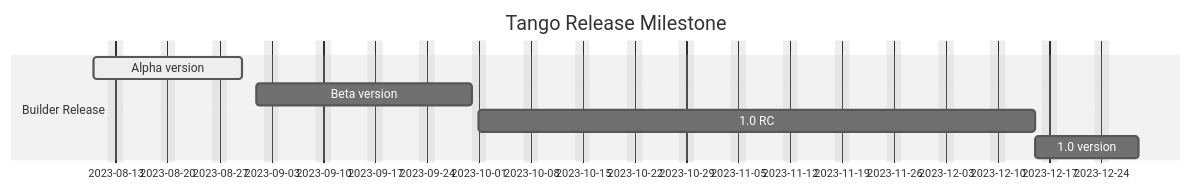
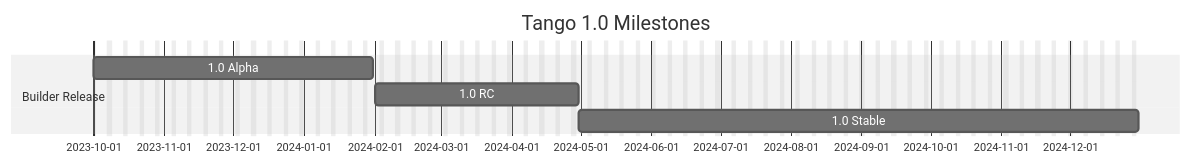
Before and after one commit to NetEase/tango: the diagram in README.md, drawn with Mermaid (neutral theme). The commit also changed other lines of this file and 13 other files, not shown here.

````diff
--- a/README.md
+++ b/README.md
@@ -40,13 +36,12 @@
 ```mermaid
 gantt
     dateFormat  YYYY-MM-DD
-    title       Tango Release Milestone
+    title       Tango 1.0 Milestones
     excludes    weekends
     %% (`excludes` accepts specific dates in YYYY-MM-DD format, days of the week ("sunday") or "weekends", but not the word "weekdays".)
 
     section Builder Release
-    Alpha version            :active,  m1, 2023-08-10, 2023-08-30
-    Beta version               :         m2, 2023-09-01, 2023-09-30
-    1.0 RC               :         m3, 2023-10-01, 2023-12-15
-    1.0 version              :         m4, after m3, 10d
+    1.0 Alpha  : m1, 2023-10-01, 2024-01-31
+    1.0 RC     : m2, 2024-02-01, 2024-04-30
+    1.0 Stable : m3, 2024-04-30, 2024-12-31
 ```
````
